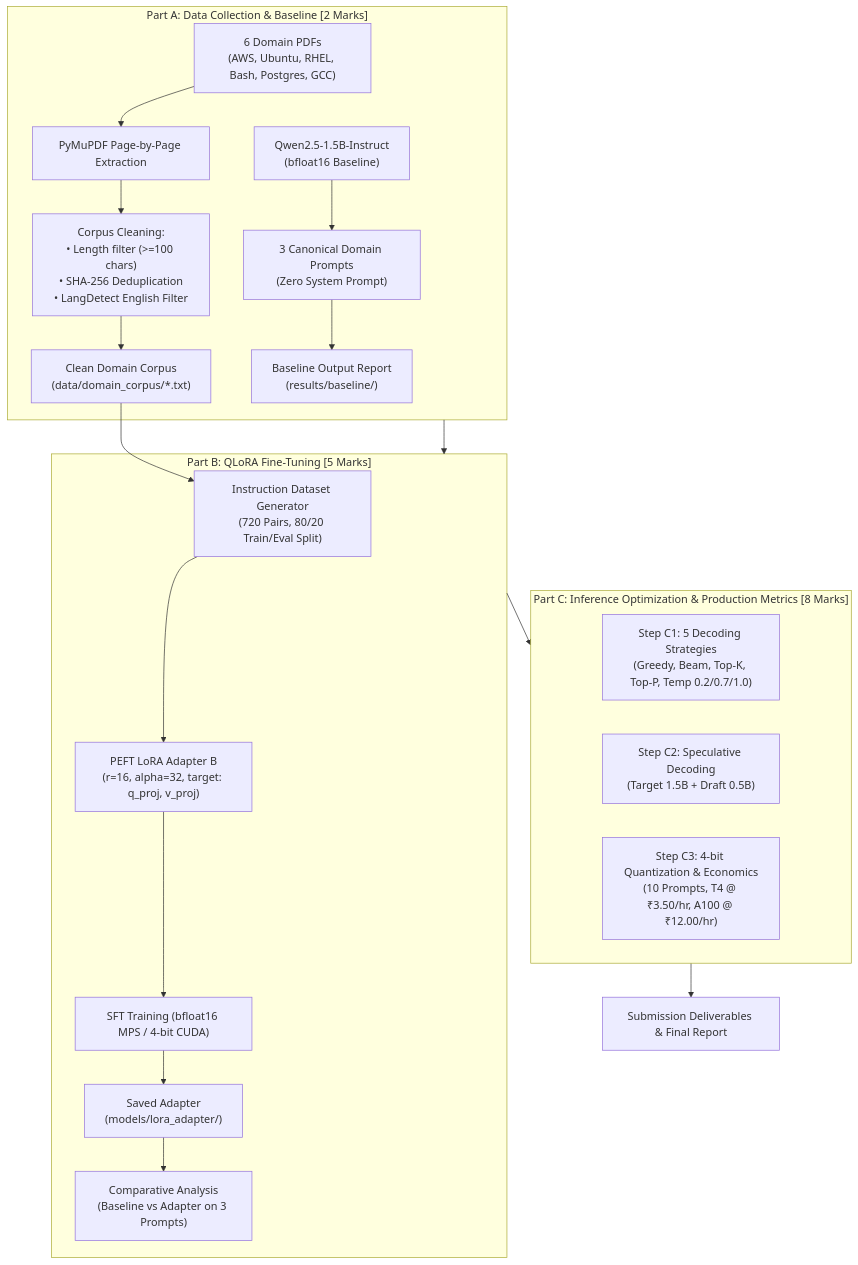
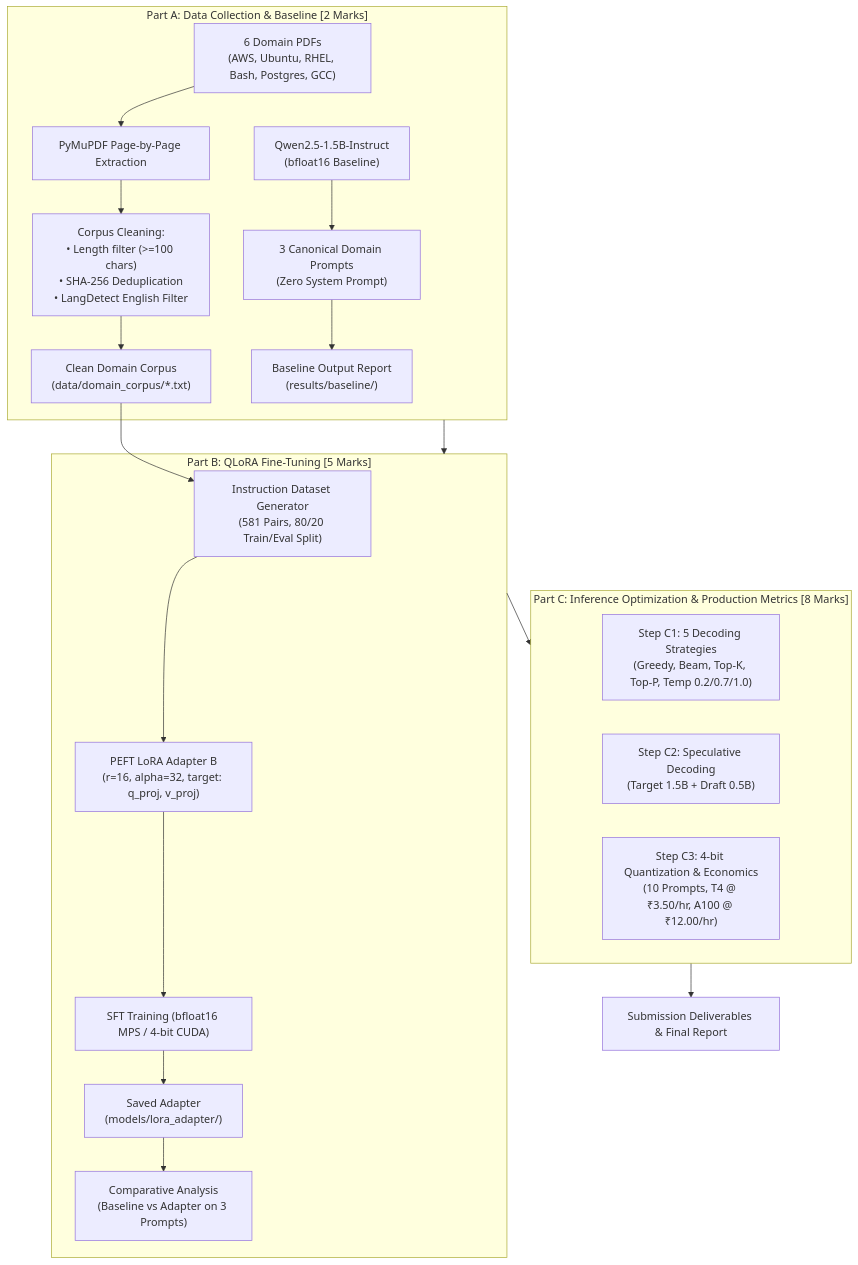
Before and after one commit to its-abhinav-mandloi/enterprise-domain-llm: the diagram in docs/architecture.md, drawn with Mermaid. The commit also changed 22 other files, not shown here.

````diff
--- a/docs/architecture.md
+++ b/docs/architecture.md
@@ -5,28 +5,28 @@
 ```mermaid
 flowchart TD
     subgraph PartA["Part A: Data Collection & Baseline [2 Marks]"]
         A1["6 Domain PDFs<br>(AWS, Ubuntu, RHEL, Bash, Postgres, GCC)"] --> A2["PyMuPDF Page-by-Page Extraction"]
         A2 --> A3["Corpus Cleaning:<br>• Length filter (>=100 chars)<br>• SHA-256 Deduplication<br>• LangDetect English Filter"]
         A3 --> A4["Clean Domain Corpus<br>(data/domain_corpus/*.txt)"]
         A5["Qwen2.5-1.5B-Instruct<br>(bfloat16 Baseline)"] --> A6["3 Canonical Domain Prompts<br>(Zero System Prompt)"]
         A6 --> A7["Baseline Output Report<br>(results/baseline/)"]
     end
 
     subgraph PartB["Part B: QLoRA Fine-Tuning [5 Marks]"]
-        A4 --> B1["Instruction Dataset Generator<br>(720 Pairs, 80/20 Train/Eval Split)"]
+        A4 --> B1["Instruction Dataset Generator<br>(581 Pairs, 80/20 Train/Eval Split)"]
         B1 --> B2["PEFT LoRA Adapter B<br>(r=16, alpha=32, target: q_proj, v_proj)"]
         B2 --> B3["SFT Training (bfloat16 MPS / 4-bit CUDA)"]
         B3 --> B4["Saved Adapter<br>(models/lora_adapter/)"]
         B4 --> B5["Comparative Analysis<br>(Baseline vs Adapter on 3 Prompts)"]
     end
 
     subgraph PartC["Part C: Inference Optimization & Production Metrics [8 Marks]"]
         C1["Step C1: 5 Decoding Strategies<br>(Greedy, Beam, Top-K, Top-P, Temp 0.2/0.7/1.0)"]
         C2["Step C2: Speculative Decoding<br>(Target 1.5B + Draft 0.5B)"]
         C3["Step C3: 4-bit Quantization & Economics<br>(10 Prompts, T4 @ ₹3.50/hr, A100 @ ₹12.00/hr)"]
     end
 
     PartA --> PartB
     PartB --> PartC
     PartC --> Sub["Submission Deliverables & Final Report"]
 ```
````
